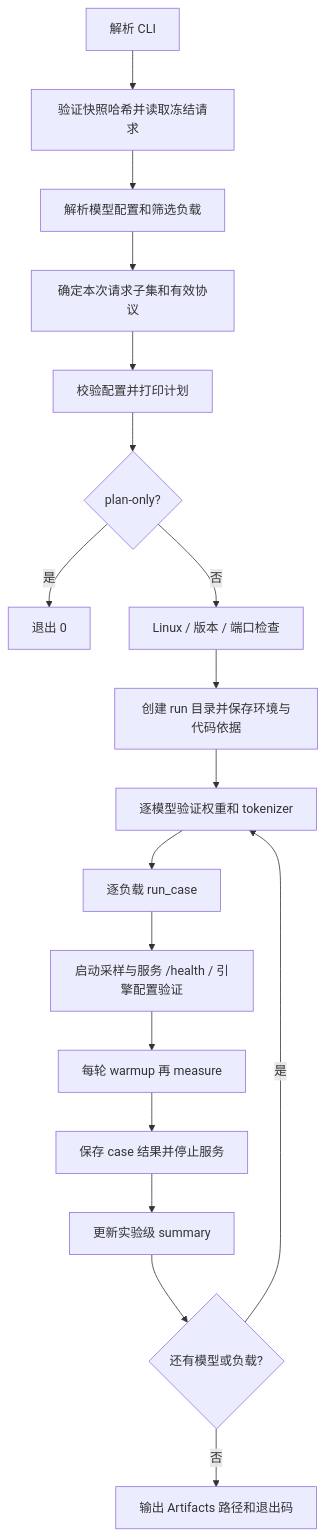
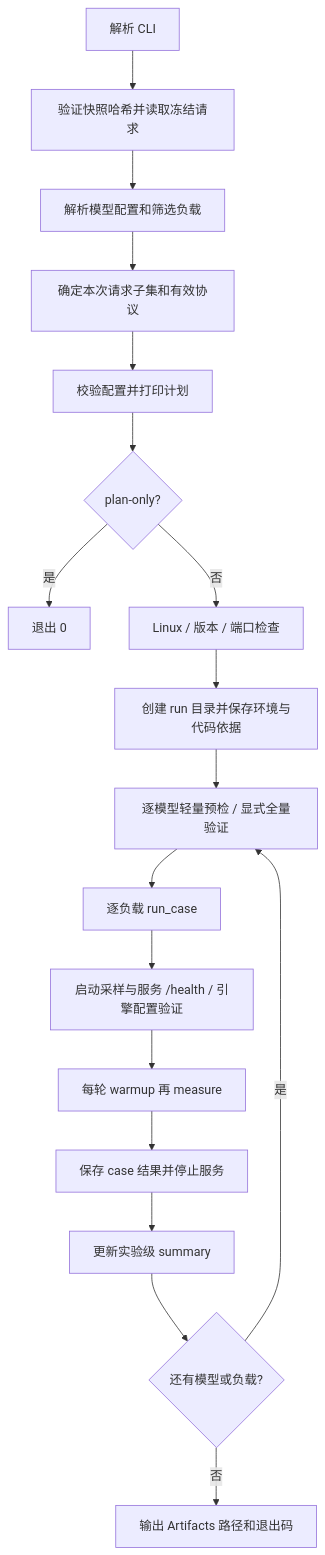
The diagram in capstone/quantization_profiling/docs/benchmark_script_walkthrough.md (loveSunning/AI_system), drawn with Mermaid before and after one commit. The commit also changed other lines of this file and 13 other files, not shown here.

````diff
--- a/capstone/quantization_profiling/docs/benchmark_script_walkthrough.md
+++ b/capstone/quantization_profiling/docs/benchmark_script_walkthrough.md
@@ -58,20 +56,20 @@
 ```mermaid
 flowchart TD
     A[解析 CLI] --> B[验证快照哈希并读取冻结请求]
     B --> C[解析模型配置和筛选负载]
     C --> D[确定本次请求子集和有效协议]
     D --> E[校验配置并打印计划]
     E --> F{plan-only?}
     F -- 是 --> G[退出 0]
     F -- 否 --> H[Linux / 版本 / 端口检查]
     H --> I[创建 run 目录并保存环境与代码依据]
-    I --> J[逐模型验证权重和 tokenizer]
+    I --> J[逐模型轻量预检 / 显式全量验证]
     J --> K[逐负载 run_case]
     K --> L[启动采样与服务 /health / 引擎配置验证]
     L --> M[每轮 warmup 再 measure]
     M --> N[保存 case 结果并停止服务]
     N --> O[更新实验级 summary]
     O --> P{还有模型或负载?}
     P -- 是 --> J
     P -- 否 --> Q[输出 Artifacts 路径和退出码]
 ```
````
